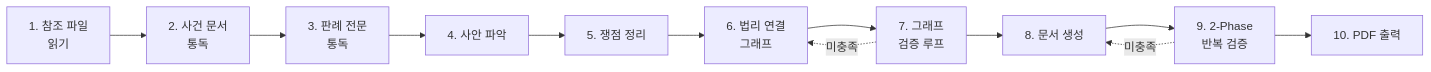
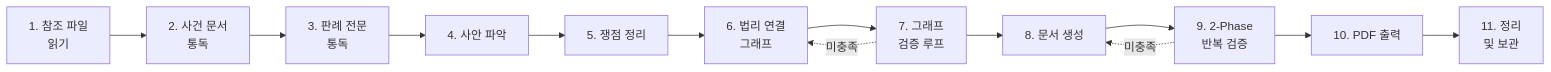
Before and after one commit to MegasKomnenos/legal-harness: the diagram in README.md, drawn with Mermaid. The commit also changed other lines of this file and 4 other files, not shown here.

````diff
--- a/README.md
+++ b/README.md
@@ -13,14 +13,15 @@
 ```mermaid
 flowchart LR
     A["1. 참조 파일\n읽기"] --> B["2. 사건 문서\n통독"]
     B --> C["3. 판례 전문\n통독"]
     C --> D["4. 사안 파악"]
     D --> E["5. 쟁점 정리"]
     E --> F["6. 법리 연결\n그래프"]
     F --> G["7. 그래프\n검증 루프"]
     G --> H["8. 문서 생성"]
     H --> I["9. 2-Phase\n반복 검증"]
     I --> J["10. PDF 출력"]
+    J --> K["11. 정리\n및 보관"]
     I -.->|미충족| H
     G -.->|미충족| F
 ```
````
